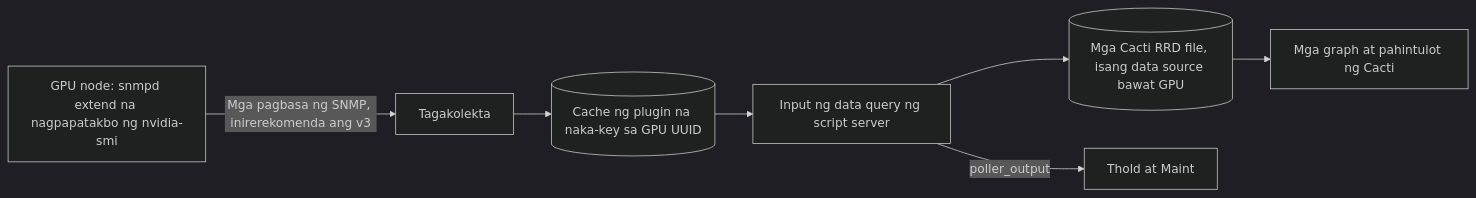
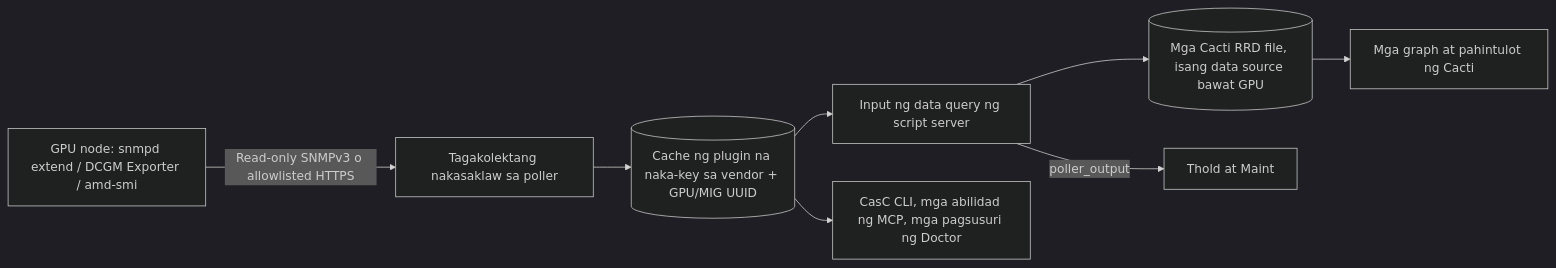
One commit to somethingwithproof/plugin_gpu changed the diagram in docs/i18n/fil-PH/README.md. Above: the diagram before and after it, drawn with Mermaid (dark theme). The commit also changed other lines of this file and 47 other files, not shown here.

````diff
--- a/docs/i18n/fil-PH/README.md
+++ b/docs/i18n/fil-PH/README.md
@@ -114,9 +114,10 @@
 ```mermaid
 flowchart LR
-    NODE[GPU node: snmpd extend na nagpapatakbo ng nvidia-smi] -->|Mga pagbasa ng SNMP, inirerekomenda ang v3| C[Tagakolekta]
-    C --> CACHE[(Cache ng plugin na naka-key sa GPU UUID)]
+    NODE["GPU node: snmpd extend / DCGM Exporter / amd-smi"] -->|Read-only SNMPv3 o allowlisted HTTPS| C[Tagakolektang nakasaklaw sa poller]
+    C --> CACHE[("Cache ng plugin na naka-key sa vendor + GPU/MIG UUID")]
     CACHE --> SS[Input ng data query ng script server]
+    CACHE --> ECO["CasC CLI, mga abilidad ng MCP, mga pagsusuri ng Doctor"]
     SS --> RRD[(Mga Cacti RRD file, isang data source bawat GPU)]
     SS -->|poller_output| T[Thold at Maint]
     RRD --> G[Mga graph at pahintulot ng Cacti]
 ```
````
